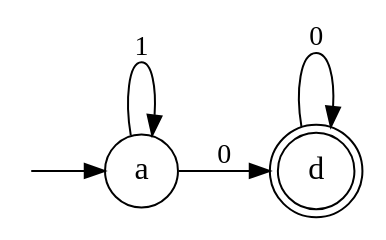
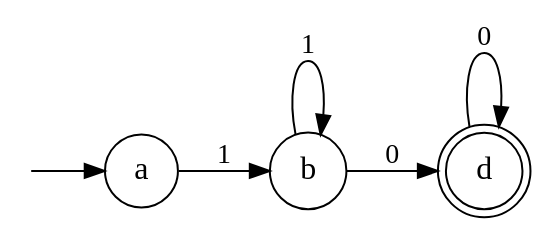
One commit to amowy/automaton changed the diagram in resources/auto2_minimized2.dot. Above: the diagram before and after it, drawn with Graphviz. The commit also changed 4 other files, not shown here.

```diff
--- a/resources/auto2_minimized2.dot
+++ b/resources/auto2_minimized2.dot
@@ -1,16 +1,17 @@
 digraph G {
     ranksep=0.5;
     nodesep=0.5;
     rankdir=LR;
     node [shape="circle", fontsize="16"];
     fontsize="10";
     compound=true;
 
     ia [shape=point, style=invis];
     d [shape=doublecircle];
 
     ia -> a;
+    a -> b [label="1"];
+    b -> d [label="0"];
+    b -> b [label="1"];
     d -> d [label="0"];
-    a -> d [label="0"];
-    a -> a [label="1"];
 }
```
